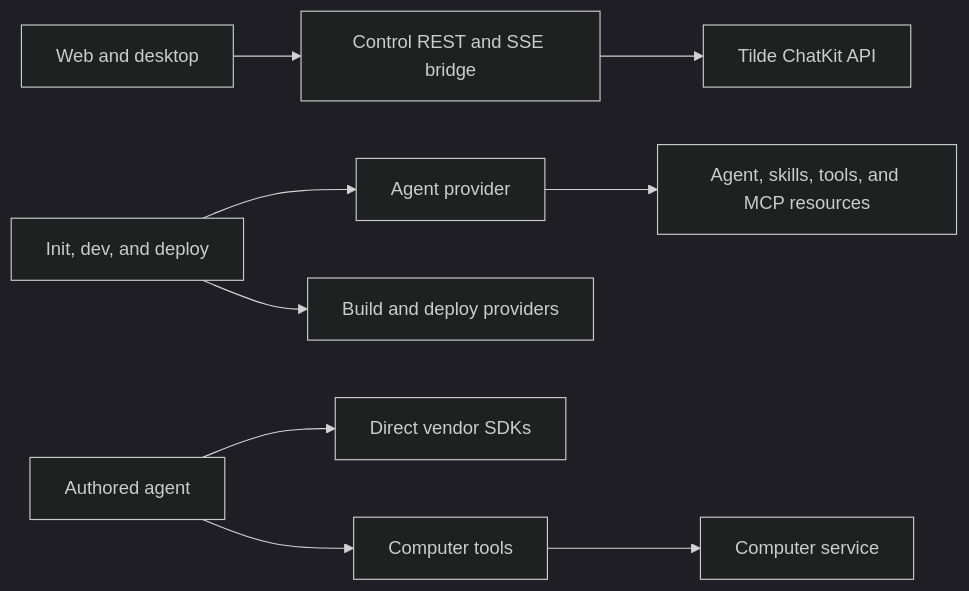
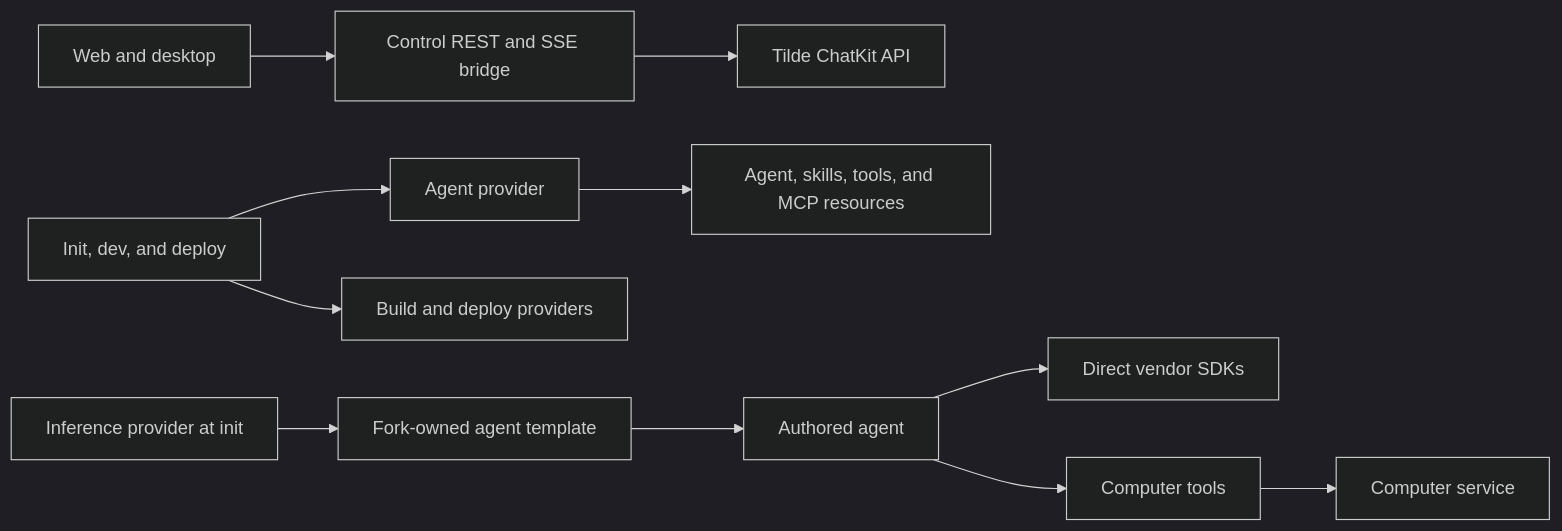
The diagram in docs/adrs/0004-domain-provider-packages.md (trytilde/dispatch), drawn with Mermaid (dark theme) before and after one commit. The commit also changed other lines of this file and 46 other files, not shown here.

Commit message:
feat(inference): add Codex subscription provider

````diff
--- a/docs/adrs/0004-domain-provider-packages.md
+++ b/docs/adrs/0004-domain-provider-packages.md
@@ -40,11 +41,13 @@
 ```mermaid
 flowchart LR
   UI["Web and desktop"] --> CS["Control REST and SSE bridge"]
   CS --> CHAT["Tilde ChatKit API"]
   START["Init, dev, and deploy"] --> AP["Agent provider"]
   AP --> RES["Agent, skills, tools, and MCP resources"]
   START --> LP["Build and deploy providers"]
-  AG["Authored agent"] --> SDK["Direct vendor SDKs"]
+  IP["Inference provider at init"] --> TMPL["Fork-owned agent template"]
+  TMPL --> AG["Authored agent"]
+  AG --> SDK["Direct vendor SDKs"]
   AG --> CT["Computer tools"]
   CT --> SVC["Computer service"]
 ```
````
